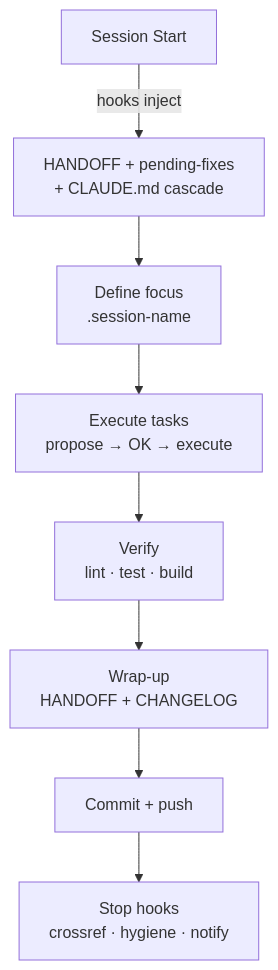
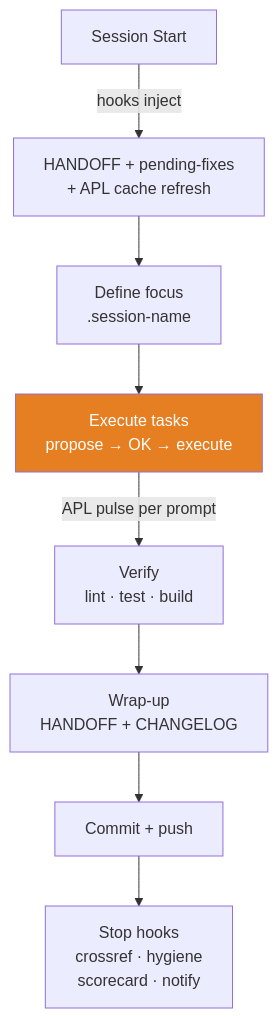
Before and after one commit to lucasmiachon-blip/OLMO: the fifth of 5 diagrams in docs/ARCHITECTURE.md, drawn with Mermaid. The commit also changed other lines of this file and 9 other files, not shown here.

First line of the commit message:
S94: APL — Ambient Productivity Layer (3 hooks, 22→25 total)

````diff
--- a/docs/ARCHITECTURE.md
+++ b/docs/ARCHITECTURE.md
@@ -154,10 +157,12 @@
 ```mermaid
 graph TD
-    START[Session Start] -->|hooks inject| CTX[HANDOFF + pending-fixes<br>+ CLAUDE.md cascade]
+    START[Session Start] -->|hooks inject| CTX[HANDOFF + pending-fixes<br>+ APL cache refresh]
     CTX --> FOCUS[Define focus<br>.session-name]
     FOCUS --> WORK[Execute tasks<br>propose → OK → execute]
-    WORK --> CHECK[Verify<br>lint · test · build]
+    WORK -->|APL pulse per prompt| CHECK[Verify<br>lint · test · build]
     CHECK --> WRAP[Wrap-up<br>HANDOFF + CHANGELOG]
     WRAP --> COMMIT[Commit + push]
-    COMMIT --> STOP[Stop hooks<br>crossref · hygiene · notify]
+    COMMIT --> STOP[Stop hooks<br>crossref · hygiene<br>scorecard · notify]
+
+    style WORK fill:#e67e22,color:#fff
 ```
````
